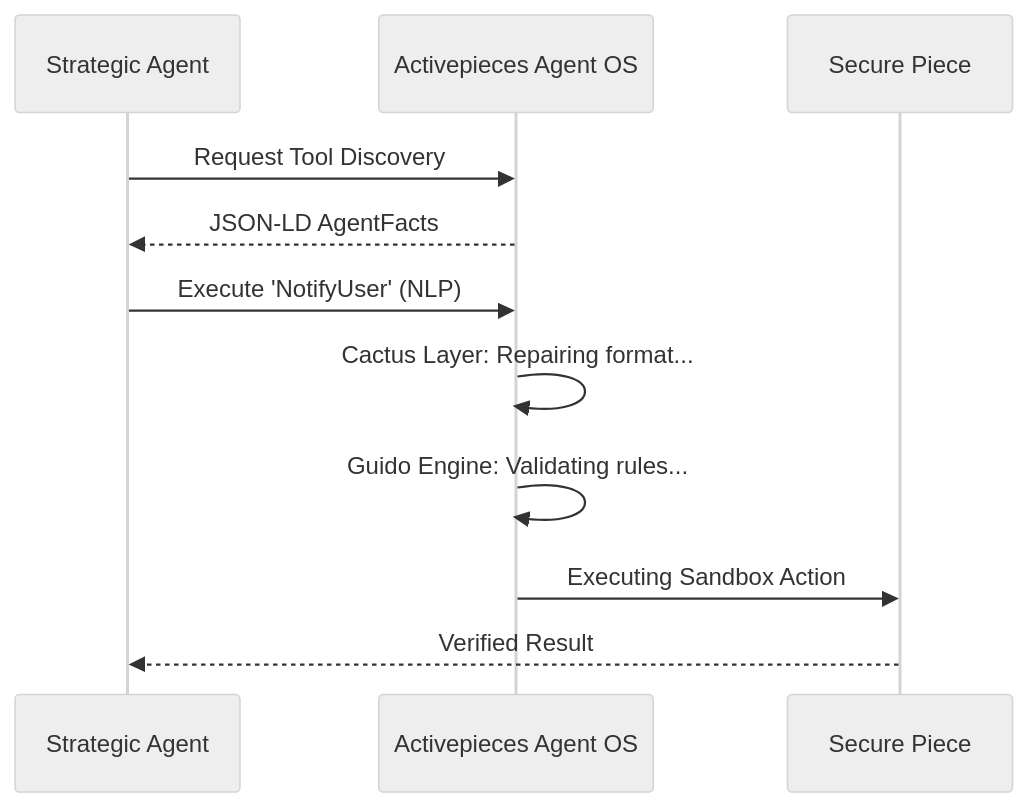
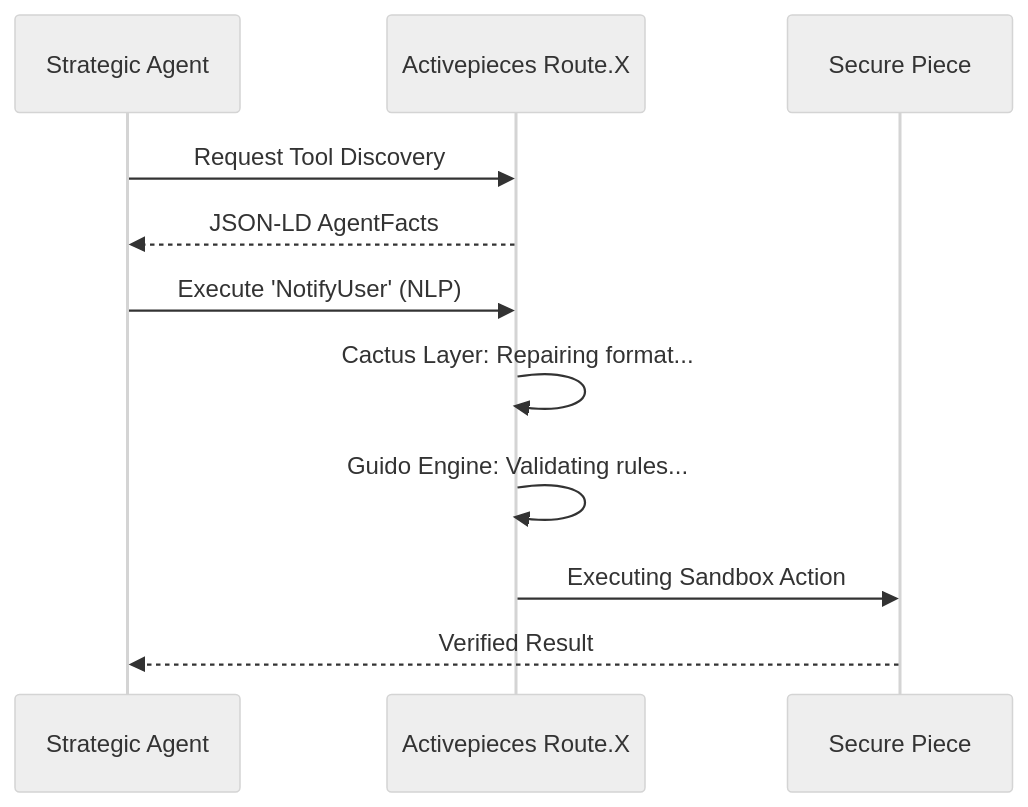
The second of 2 diagrams in README.md (AGI-Corporation/mcpmyid), drawn with Mermaid (neutral theme) before and after one commit. The commit also changed other lines of this file and 22 other files, not shown here.

First line of the commit message:
Rebrand to Route.X and Enhance Agent OS Framework

````diff
--- a/README.md
+++ b/README.md
@@ -180,14 +180,14 @@
 ```mermaid
 sequenceDiagram
     participant Agent as Strategic Agent
-    participant AP as Activepieces Agent OS
+    participant AP as Activepieces Route.X
     participant Piece as Secure Piece
 
     Agent->>AP: Request Tool Discovery
     AP-->>Agent: JSON-LD AgentFacts
     Agent->>AP: Execute 'NotifyUser' (NLP)
     AP->>AP: Cactus Layer: Repairing format...
     AP->>AP: Guido Engine: Validating rules...
     AP->>Piece: Executing Sandbox Action
     Piece-->>Agent: Verified Result
 ```
````
